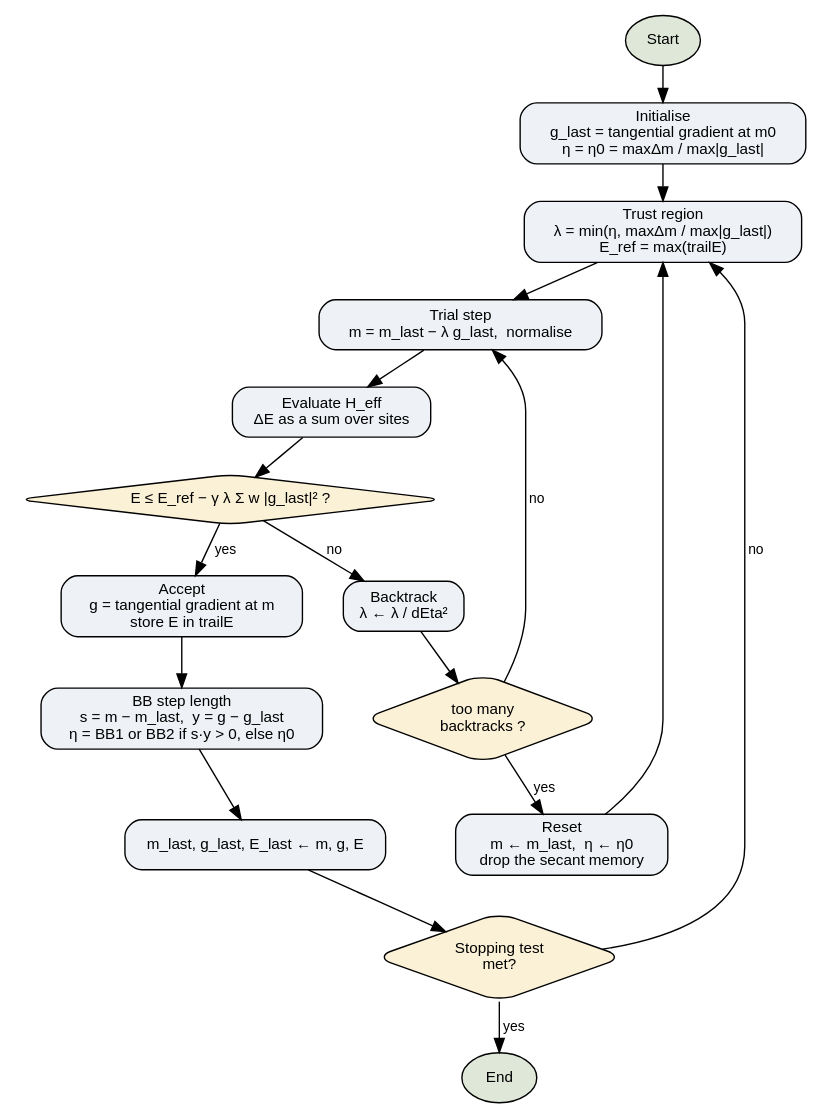
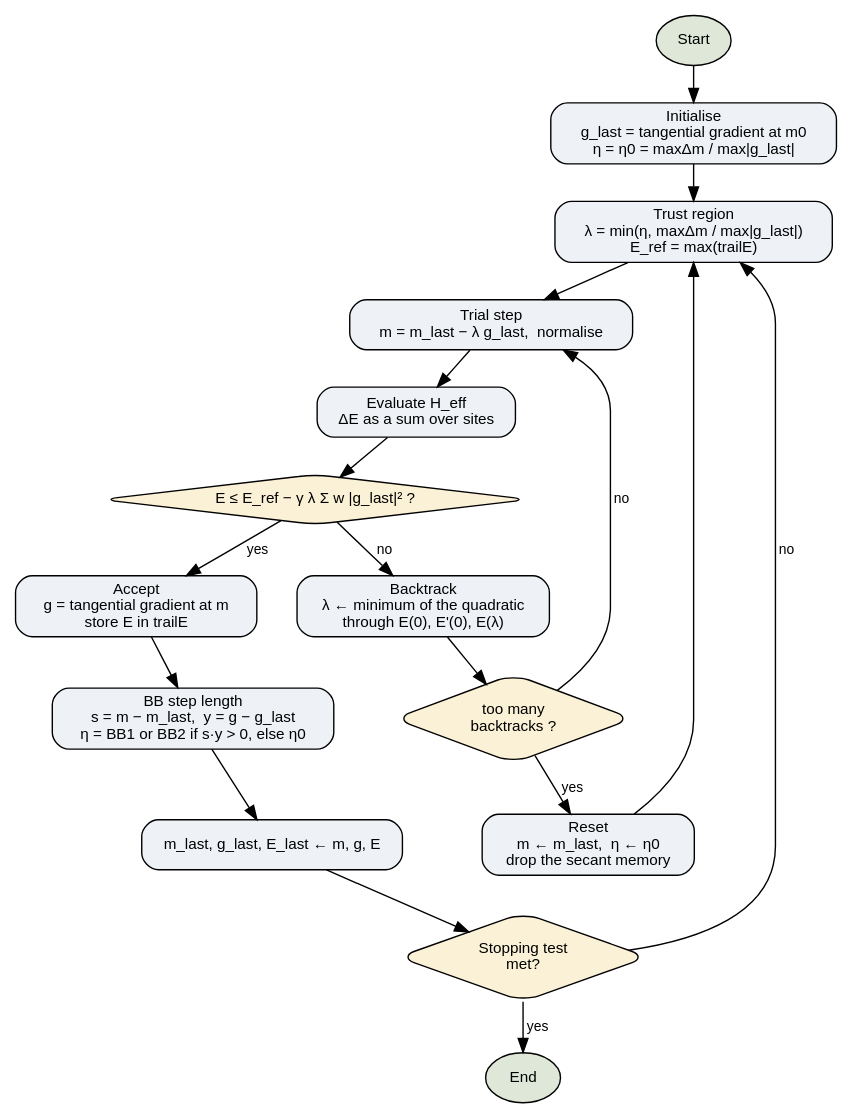
The second of 2 diagrams in doc/physics_num_methods/energy_minimisation.rst (computationalmodelling/fidimag), drawn with Graphviz before and after one commit. The commit also changed other lines of this file and 1 other file, not shown here.

First line of the commit message:
hubert minimiser: backtrack the BB step to the minimum of a quadratic

```diff
--- a/doc/physics_num_methods/energy_minimisation.rst
+++ b/doc/physics_num_methods/energy_minimisation.rst
@@ -370,38 +384,38 @@
 .. graphviz::
     :caption: The Barzilai-Borwein path of the Hubert minimiser.
     :align: center
 
     digraph bb {
         graph [bgcolor=white, rankdir=TB, nodesep=0.4, ranksep=0.35,
                fontname="Helvetica"];
         node  [shape=box, style="rounded,filled", fillcolor="#eef2f7",
                fontname="Helvetica", fontsize=11];
         edge  [fontname="Helvetica", fontsize=10];
 
         start   [label="Start", shape=oval, fillcolor="#dfe8d8"];
         init    [label="Initialise\ng_last = tangential gradient at m0\nη = η0 = maxΔm / max|g_last|"];
         cap     [label="Trust region\nλ = min(η, maxΔm / max|g_last|)\nE_ref = max(trailE)"];
         trial   [label="Trial step\nm = m_last − λ g_last,  normalise"];
         eval    [label="Evaluate H_eff\nΔE as a sum over sites"];
         gll     [label="E ≤ E_ref − γ λ Σ w |g_last|² ?", shape=diamond,
                  fillcolor="#fbf1d6"];
-        back    [label="Backtrack\nλ ← λ / dEta²"];
+        back    [label="Backtrack\nλ ← minimum of the quadratic\nthrough E(0), E'(0), E(λ)"];
         tired   [label="too many\nbacktracks ?", shape=diamond, fillcolor="#fbf1d6"];
         reset   [label="Reset\nm ← m_last,  η ← η0\ndrop the secant memory"];
         accept  [label="Accept\ng = tangential gradient at m\nstore E in trailE"];
         bb      [label="BB step length\ns = m − m_last,  y = g − g_last\nη = BB1 or BB2 if s·y > 0, else η0"];
         shift   [label="m_last, g_last, E_last ← m, g, E"];
         stop    [label="Stopping test\nmet?", shape=diamond, fillcolor="#fbf1d6"];
         done    [label="End", shape=oval, fillcolor="#dfe8d8"];
 
         start -> init -> cap -> trial -> eval -> gll;
         gll   -> accept [label=" yes"];
         gll   -> back   [label=" no"];
         back  -> tired;
         tired -> trial  [label=" no"];
         tired -> reset  [label=" yes"];
         reset -> cap;
         accept -> bb -> shift -> stop;
         stop  -> done   [label=" yes"];
         stop  -> cap    [label=" no"];
     }
```
